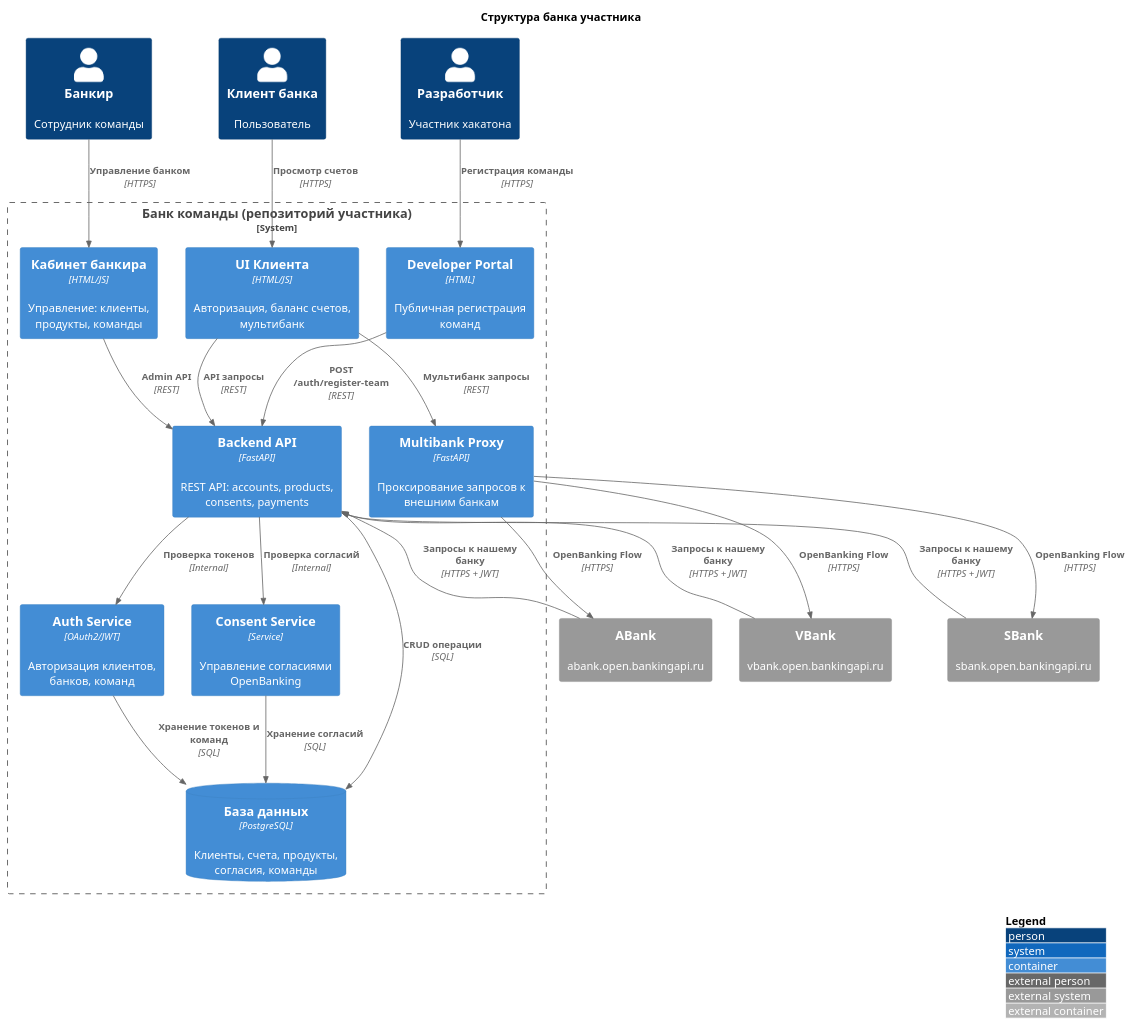
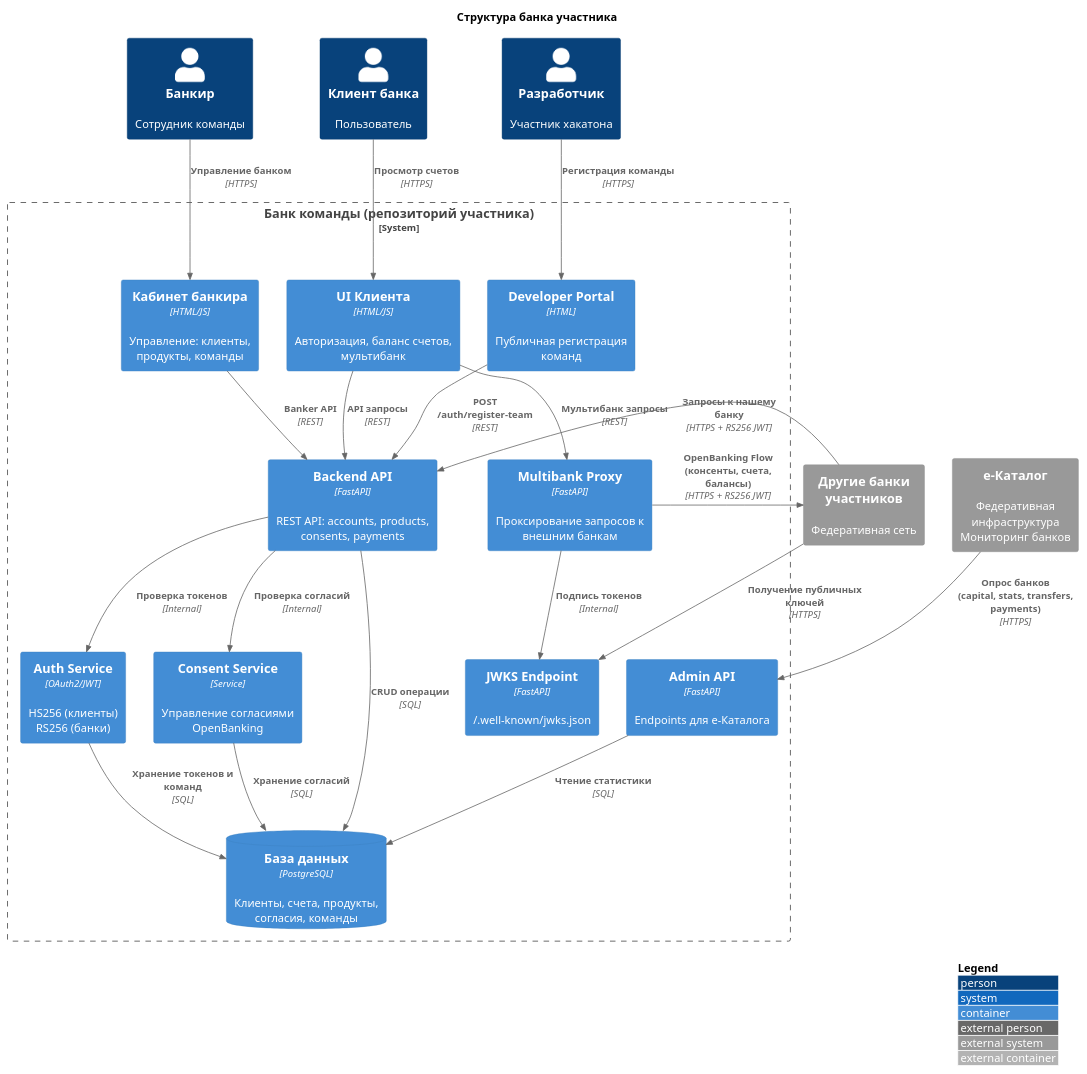
Before and after one commit to 61whey/banking-box: the diagram in docs/diagrams/bank-structure.puml, drawn with PlantUML. The commit also changed 4 other files, not shown here.

First line of the commit message:
docs: обновлены архитектурные диаграммы

```diff
--- a/docs/diagrams/bank-structure.puml
+++ b/docs/diagrams/bank-structure.puml
@@ -1,62 +1,65 @@
 @startuml bank-structure
 !include https://raw.githubusercontent.com/plantuml-stdlib/C4-PlantUML/master/C4_Container.puml
 
 LAYOUT_WITH_LEGEND()
 
 title Структура банка участника
 
 Person(client, "Клиент банка", "Пользователь")
 Person(banker, "Банкир", "Сотрудник команды")
 Person(developer, "Разработчик", "Участник хакатона")
 
-System_Ext(abank, "ABank", "abank.open.bankingapi.ru")
-System_Ext(vbank, "VBank", "vbank.open.bankingapi.ru")
-System_Ext(sbank, "SBank", "sbank.open.bankingapi.ru")
+System_Ext(directory, "е-Каталог", "Федеративная инфраструктура\nМониторинг банков")
+System_Ext(other_banks, "Другие банки участников", "Федеративная сеть")
 
 System_Boundary(bank, "Банк команды (репозиторий участника)") {
     Container(client_ui, "UI Клиента", "HTML/JS", "Авторизация, баланс счетов, мультибанк")
     Container(banker_ui, "Кабинет банкира", "HTML/JS", "Управление: клиенты, продукты, команды")
     Container(developer_ui, "Developer Portal", "HTML", "Публичная регистрация команд")
     
     Container(backend, "Backend API", "FastAPI", "REST API: accounts, products, consents, payments")
     Container(multibank_proxy, "Multibank Proxy", "FastAPI", "Проксирование запросов к внешним банкам")
+    Container(admin_api, "Admin API", "FastAPI", "Endpoints для е-Каталога")
+    Container(jwks, "JWKS Endpoint", "FastAPI", "/.well-known/jwks.json")
     
-    Container(auth_service, "Auth Service", "OAuth2/JWT", "Авторизация клиентов, банков, команд")
+    Container(auth_service, "Auth Service", "OAuth2/JWT", "HS256 (клиенты)\nRS256 (банки)")
     Container(consent_service, "Consent Service", "Service", "Управление согласиями OpenBanking")
     
     ContainerDb(db, "База данных", "PostgreSQL", "Клиенты, счета, продукты, согласия, команды")
 }
 
 ' Клиент
 Rel(client, client_ui, "Просмотр счетов", "HTTPS")
 Rel(client_ui, backend, "API запросы", "REST")
 Rel(client_ui, multibank_proxy, "Мультибанк запросы", "REST")
 
 ' Multibank Proxy -> External Banks
-Rel(multibank_proxy, abank, "OpenBanking Flow", "HTTPS")
-Rel(multibank_proxy, vbank, "OpenBanking Flow", "HTTPS")
-Rel(multibank_proxy, sbank, "OpenBanking Flow", "HTTPS")
+Rel(multibank_proxy, other_banks, "OpenBanking Flow\n(консенты, счета, балансы)", "HTTPS + RS256 JWT")
 
 ' Банкир
 Rel(banker, banker_ui, "Управление банком", "HTTPS")
-Rel(banker_ui, backend, "Admin API", "REST")
+Rel(banker_ui, backend, "Banker API", "REST")
 
 ' Разработчик
 Rel(developer, developer_ui, "Регистрация команды", "HTTPS")
 Rel(developer_ui, backend, "POST /auth/register-team", "REST")
 
 ' Backend
 Rel(backend, auth_service, "Проверка токенов", "Internal")
 Rel(backend, consent_service, "Проверка согласий", "Internal")
 Rel(backend, db, "CRUD операции", "SQL")
 
 ' Services
 Rel(auth_service, db, "Хранение токенов и команд", "SQL")
 Rel(consent_service, db, "Хранение согласий", "SQL")
 
+' е-Каталог мониторинг
+Rel(directory, admin_api, "Опрос банков\n(capital, stats, transfers, payments)", "HTTPS")
+Rel(admin_api, db, "Чтение статистики", "SQL")
+
 ' Interbank
-Rel(abank, backend, "Запросы к нашему банку", "HTTPS + JWT")
-Rel(vbank, backend, "Запросы к нашему банку", "HTTPS + JWT")
-Rel(sbank, backend, "Запросы к нашему банку", "HTTPS + JWT")
+Rel(other_banks, backend, "Запросы к нашему банку", "HTTPS + RS256 JWT")
+Rel(other_banks, jwks, "Получение публичных ключей", "HTTPS")
+Rel(multibank_proxy, jwks, "Подпись токенов", "Internal")
 
 @enduml
```
